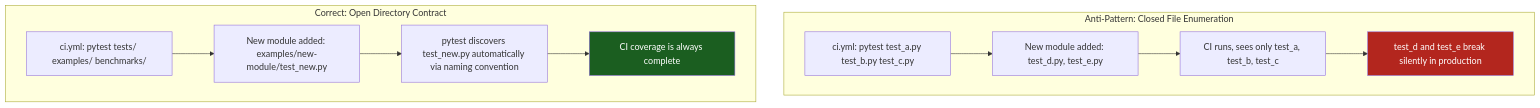
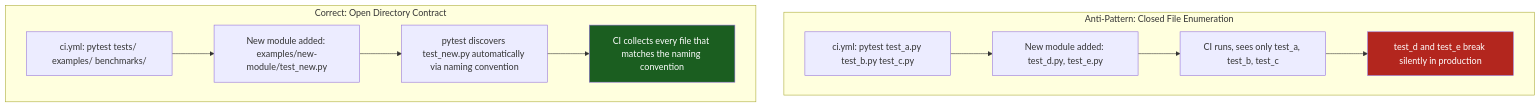
One commit to dan-petty/vibes changed the diagram in patterns/structure-driven-ci-directory-contracts.md. Above: the diagram before and after it, drawn with Mermaid. The commit also changed other lines of this file and 248 other files, not shown here.

````diff
--- a/patterns/structure-driven-ci-directory-contracts.md
+++ b/patterns/structure-driven-ci-directory-contracts.md
@@ -28,21 +28,21 @@
 ```mermaid
 flowchart TD
     subgraph EnumerationAntiPattern["Anti-Pattern: Closed File Enumeration"]
         L1["ci.yml: pytest test_a.py test_b.py test_c.py"]
         L2["New module added: test_d.py, test_e.py"]
         L3["CI runs, sees only test_a, test_b, test_c"]
         L4["test_d and test_e break silently in production"]
         L1 --> L2 --> L3 --> L4
     end
 
     subgraph DirectoryContract["Correct: Open Directory Contract"]
         R1["ci.yml: pytest tests/ examples/ benchmarks/"]
         R2["New module added: examples/new-module/test_new.py"]
         R3["pytest discovers test_new.py automatically via naming convention"]
-        R4["CI coverage is always complete"]
+        R4["CI collects every file that matches the naming convention"]
         R1 --> R2 --> R3 --> R4
     end
 
     style L4 fill:#b3261e,color:#fff
     style R4 fill:#1b5e20,color:#fff
 ```
````
